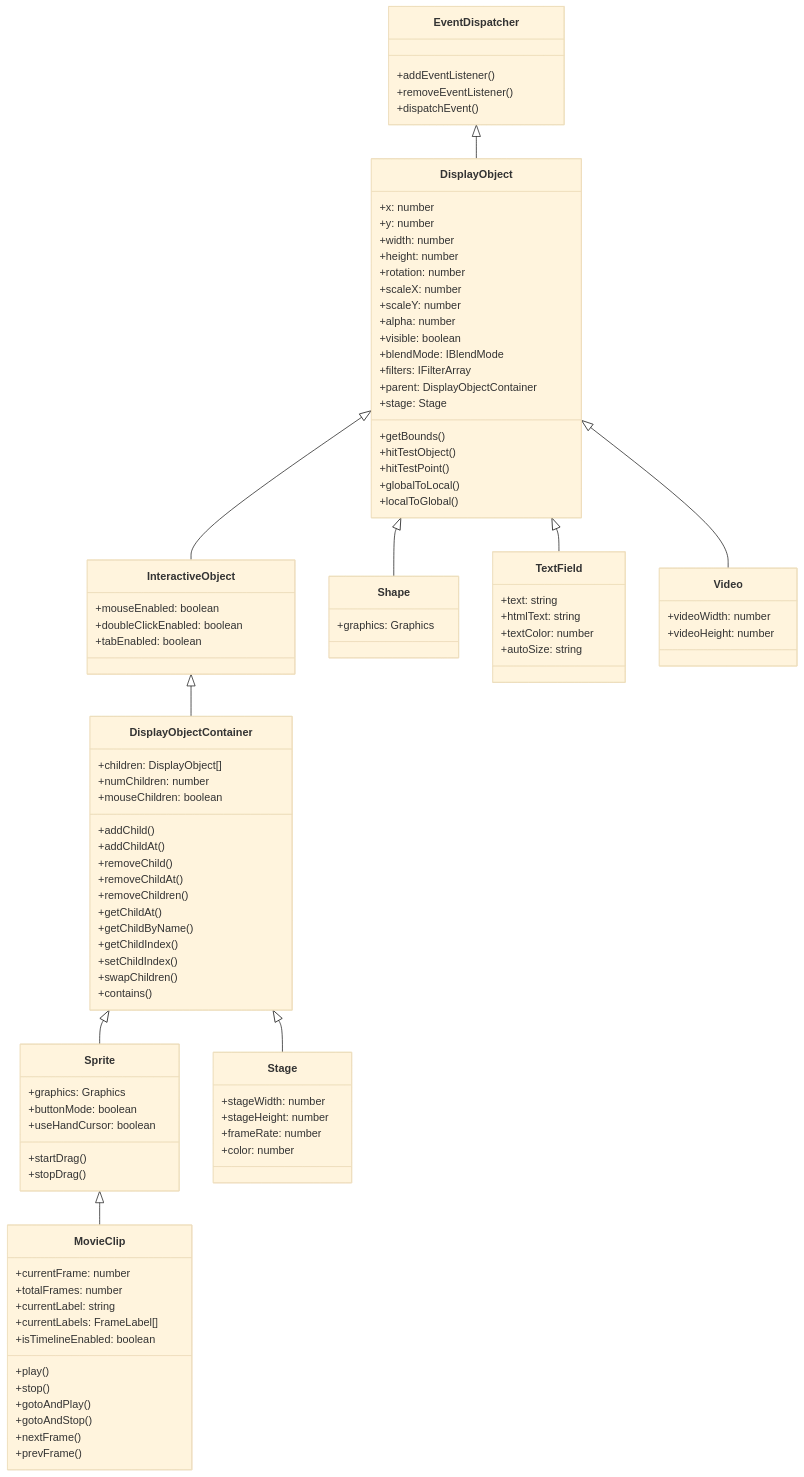
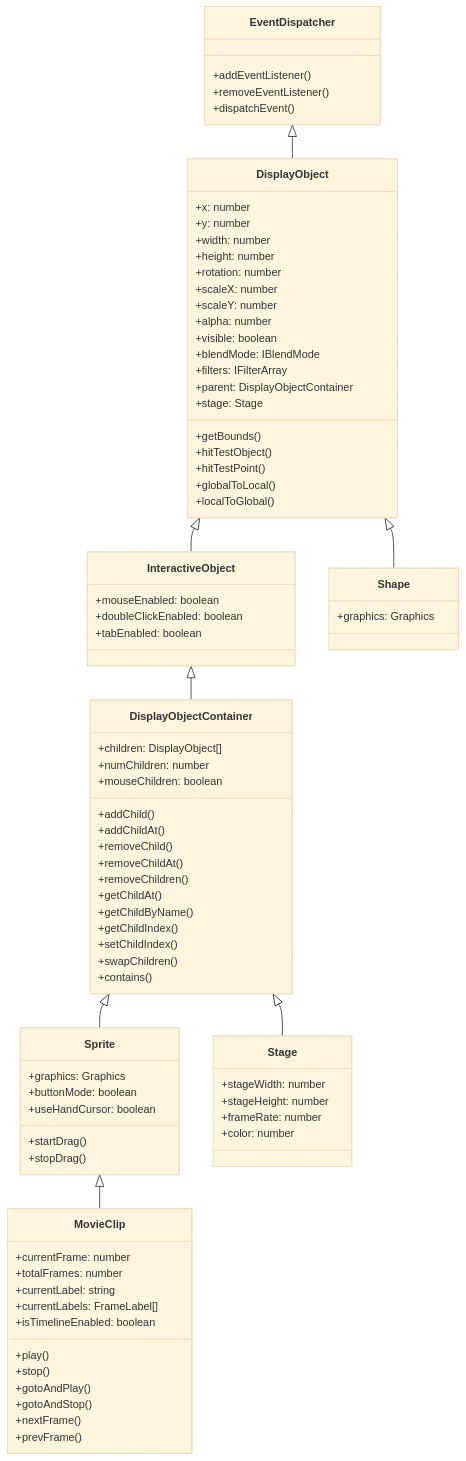
The first of 2 diagrams in packages/display/README.md (Next2D/player), drawn with Mermaid (base theme) before and after one commit. The commit also changed other lines of this file and 4 other files, not shown here.

````diff
--- a/packages/display/README.md
+++ b/packages/display/README.md
@@ -116,8 +114,6 @@
     DisplayObjectContainer <|-- Stage
     Sprite <|-- MovieClip
     DisplayObject <|-- Shape
-    DisplayObject <|-- TextField
-    DisplayObject <|-- Video
 
     class EventDispatcher {
         +addEventListener()
@@ -201,16 +197,4 @@
         +frameRate: number
         +color: number
     }
-
-    class TextField {
-        +text: string
-        +htmlText: string
-        +textColor: number
-        +autoSize: string
-    }
-
-    class Video {
-        +videoWidth: number
-        +videoHeight: number
-    }
 ```
````
